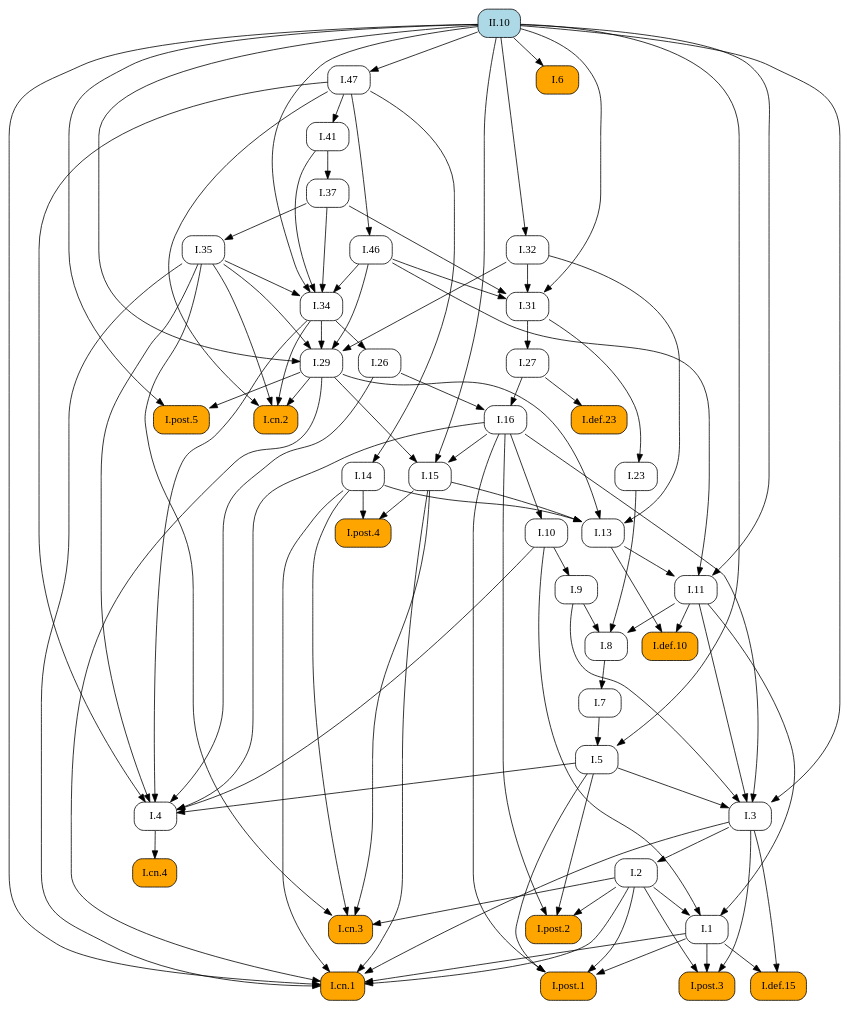
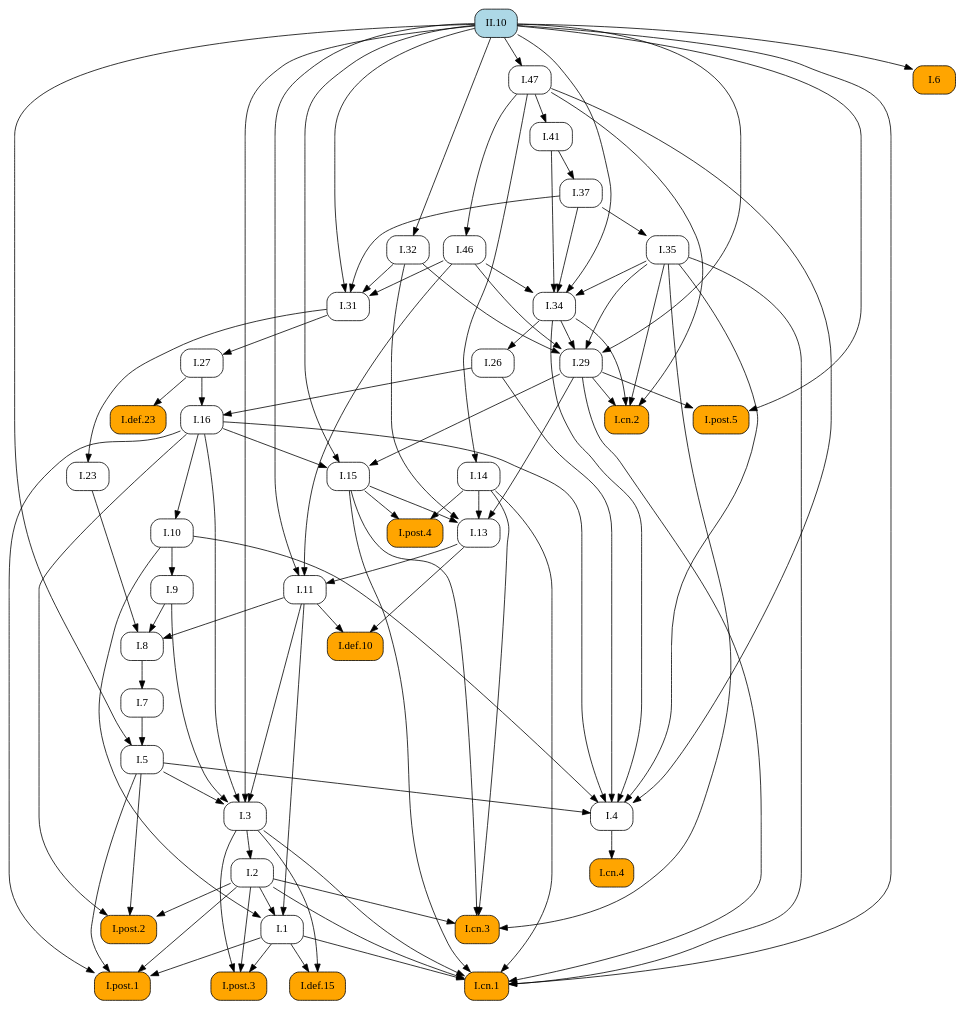
The diagram in docsrc/elements2/II/10/index.rst (geometor/elements), drawn with Graphviz before and after one commit. The commit also changed other lines of this file and 409 other files, not shown here.

First line of the commit message:
feat: Add image cropping and graphic extraction script

```diff
--- a/docsrc/elements2/II/10/index.rst
+++ b/docsrc/elements2/II/10/index.rst
@@ -123,97 +123,66 @@
    digraph {
      rankdir="TB";
      node [shape=box, style=rounded];
+     "I.37" [URL="/elements2/I/37/", target="_top"];
+     "I.31" [URL="/elements2/I/31/", target="_top"];
+     "I.cn.2" [style="rounded,filled", fillcolor=orange, URL="/elements2/I/cn.2/", target="_top"];
+     "I.41" [URL="/elements2/I/41/", target="_top"];
      "I.8" [URL="/elements2/I/8/", target="_top"];
+     "I.15" [URL="/elements2/I/15/", target="_top"];
+     "I.47" [URL="/elements2/I/47/", target="_top"];
+     "I.5" [URL="/elements2/I/5/", target="_top"];
+     "I.26" [URL="/elements2/I/26/", target="_top"];
+     "I.cn.1" [style="rounded,filled", fillcolor=orange, URL="/elements2/I/cn.1/", target="_top"];
      "I.32" [URL="/elements2/I/32/", target="_top"];
+     "I.7" [URL="/elements2/I/7/", target="_top"];
+     "I.23" [URL="/elements2/I/23/", target="_top"];
+     "I.16" [URL="/elements2/I/16/", target="_top"];
+     "I.35" [URL="/elements2/I/35/", target="_top"];
+     "I.34" [URL="/elements2/I/34/", target="_top"];
+     "II.10" [style="rounded,filled", fillcolor=lightblue, URL="/elements2/II/10/", target="_top"];
+     "I.6" [style="rounded,filled", fillcolor=orange, URL="/elements2/I/6/", target="_top"];
+     "I.def.15" [style="rounded,filled", fillcolor=orange, URL="/elements2/I/def.15/", target="_top"];
      "I.46" [URL="/elements2/I/46/", target="_top"];
-     "I.47" [URL="/elements2/I/47/", target="_top"];
+     "I.def.10" [style="rounded,filled", fillcolor=orange, URL="/elements2/I/def.10/", target="_top"];
+     "I.11" [URL="/elements2/I/11/", target="_top"];
+     "I.def.23" [style="rounded,filled", fillcolor=orange, URL="/elements2/I/def.23/", target="_top"];
+     "I.post.5" [style="rounded,filled", fillcolor=orange, URL="/elements2/I/post.5/", target="_top"];
+     "I.3" [URL="/elements2/I/3/", target="_top"];
      "I.14" [URL="/elements2/I/14/", target="_top"];
+     "I.10" [URL="/elements2/I/10/", target="_top"];
+     "I.cn.3" [style="rounded,filled", fillcolor=orange, URL="/elements2/I/cn.3/", target="_top"];
+     "I.13" [URL="/elements2/I/13/", target="_top"];
+     "I.post.3" [style="rounded,filled", fillcolor=orange, URL="/elements2/I/post.3/", target="_top"];
+     "I.4" [URL="/elements2/I/4/", target="_top"];
+     "I.9" [URL="/elements2/I/9/", target="_top"];
+     "I.29" [URL="/elements2/I/29/", target="_top"];
+     "I.2" [URL="/elements2/I/2/", target="_top"];
      "I.post.1" [style="rounded,filled", fillcolor=orange, URL="/elements2/I/post.1/", target="_top"];
-     "I.5" [URL="/elements2/I/5/", target="_top"];
-     "I.post.5" [style="rounded,filled", fillcolor=orange, URL="/elements2/I/post.5/", target="_top"];
-     "I.def.10" [style="rounded,filled", fillcolor=orange, URL="/elements2/I/def.10/", target="_top"];
-     "I.cn.2" [style="rounded,filled", fillcolor=orange, URL="/elements2/I/cn.2/", target="_top"];
-     "I.def.15" [style="rounded,filled", fillcolor=orange, URL="/elements2/I/def.15/", target="_top"];
-     "I.31" [URL="/elements2/I/31/", target="_top"];
-     "I.11" [URL="/elements2/I/11/", target="_top"];
-     "I.3" [URL="/elements2/I/3/", target="_top"];
+     "I.27" [URL="/elements2/I/27/", target="_top"];
+     "I.1" [URL="/elements2/I/1/", target="_top"];
+     "I.post.4" [style="rounded,filled", fillcolor=orange, URL="/elements2/I/post.4/", target="_top"];
+     "I.cn.4" [style="rounded,filled", fillcolor=orange, URL="/elements2/I/cn.4/", target="_top"];
      "I.post.2" [style="rounded,filled", fillcolor=orange, URL="/elements2/I/post.2/", target="_top"];
-     "I.def.23" [style="rounded,filled", fillcolor=orange, URL="/elements2/I/def.23/", target="_top"];
-     "I.6" [style="rounded,filled", fillcolor=orange, URL="/elements2/I/6/", target="_top"];
-     "I.26" [URL="/elements2/I/26/", target="_top"];
-     "I.1" [URL="/elements2/I/1/", target="_top"];
-     "I.cn.3" [style="rounded,filled", fillcolor=orange, URL="/elements2/I/cn.3/", target="_top"];
-     "I.cn.4" [style="rounded,filled", fillcolor=orange, URL="/elements2/I/cn.4/", target="_top"];
-     "I.7" [URL="/elements2/I/7/", target="_top"];
-     "I.9" [URL="/elements2/I/9/", target="_top"];
-     "I.cn.1" [style="rounded,filled", fillcolor=orange, URL="/elements2/I/cn.1/", target="_top"];
-     "I.29" [URL="/elements2/I/29/", target="_top"];
-     "I.post.4" [style="rounded,filled", fillcolor=orange, URL="/elements2/I/post.4/", target="_top"];
-     "I.16" [URL="/elements2/I/16/", target="_top"];
-     "I.13" [URL="/elements2/I/13/", target="_top"];
-     "II.10" [style="rounded,filled", fillcolor=lightblue, URL="/elements2/II/10/", target="_top"];
-     "I.41" [URL="/elements2/I/41/", target="_top"];
-     "I.35" [URL="/elements2/I/35/", target="_top"];
-     "I.2" [URL="/elements2/I/2/", target="_top"];
-     "I.27" [URL="/elements2/I/27/", target="_top"];
-     "I.37" [URL="/elements2/I/37/", target="_top"];
-     "I.4" [URL="/elements2/I/4/", target="_top"];
-     "I.10" [URL="/elements2/I/10/", target="_top"];
-     "I.15" [URL="/elements2/I/15/", target="_top"];
-     "I.34" [URL="/elements2/I/34/", target="_top"];
-     "I.23" [URL="/elements2/I/23/", target="_top"];
-     "I.post.3" [style="rounded,filled", fillcolor=orange, URL="/elements2/I/post.3/", target="_top"];
-     "I.9" -> "I.8";
-     "I.11" -> "I.8";
-     "I.23" -> "I.8";
-     "II.10" -> "I.32";
-     "I.47" -> "I.46";
-     "II.10" -> "I.47";
-     "I.47" -> "I.14";
-     "I.1" -> "I.post.1";
-     "I.2" -> "I.post.1";
-     "I.5" -> "I.post.1";
-     "I.16" -> "I.post.1";
-     "I.7" -> "I.5";
-     "II.10" -> "I.5";
-     "I.29" -> "I.post.5";
-     "II.10" -> "I.post.5";
-     "I.11" -> "I.def.10";
-     "I.13" -> "I.def.10";
+     "I.41" -> "I.37";
+     "I.32" -> "I.31";
+     "I.37" -> "I.31";
+     "I.46" -> "I.31";
+     "II.10" -> "I.31";
      "I.29" -> "I.cn.2";
      "I.34" -> "I.cn.2";
      "I.35" -> "I.cn.2";
      "I.47" -> "I.cn.2";
-     "I.1" -> "I.def.15";
-     "I.3" -> "I.def.15";
-     "I.32" -> "I.31";
-     "I.37" -> "I.31";
-     "I.46" -> "I.31";
-     "II.10" -> "I.31";
-     "I.13" -> "I.11";
-     "I.46" -> "I.11";
-     "II.10" -> "I.11";
-     "I.5" -> "I.3";
-     "I.9" -> "I.3";
-     "I.11" -> "I.3";
-     "I.16" -> "I.3";
-     "II.10" -> "I.3";
-     "I.2" -> "I.post.2";
-     "I.5" -> "I.post.2";
-     "I.16" -> "I.post.2";
-     "I.27" -> "I.def.23";
-     "II.10" -> "I.6";
+     "I.47" -> "I.41";
+     "I.9" -> "I.8";
+     "I.11" -> "I.8";
+     "I.23" -> "I.8";
+     "I.16" -> "I.15";
+     "I.29" -> "I.15";
+     "II.10" -> "I.15";
+     "II.10" -> "I.47";
+     "I.7" -> "I.5";
+     "II.10" -> "I.5";
      "I.34" -> "I.26";
-     "I.2" -> "I.1";
-     "I.10" -> "I.1";
-     "I.11" -> "I.1";
-     "I.2" -> "I.cn.3";
-     "I.14" -> "I.cn.3";
-     "I.15" -> "I.cn.3";
-     "I.35" -> "I.cn.3";
-     "I.4" -> "I.cn.4";
-     "I.8" -> "I.7";
-     "I.10" -> "I.9";
      "I.1" -> "I.cn.1";
      "I.2" -> "I.cn.1";
      "I.3" -> "I.cn.1";
@@ -222,24 +191,47 @@
      "I.29" -> "I.cn.1";
      "I.35" -> "I.cn.1";
      "II.10" -> "I.cn.1";
-     "I.32" -> "I.29";
-     "I.34" -> "I.29";
-     "I.35" -> "I.29";
-     "I.46" -> "I.29";
-     "II.10" -> "I.29";
-     "I.14" -> "I.post.4";
-     "I.15" -> "I.post.4";
+     "II.10" -> "I.32";
+     "I.8" -> "I.7";
+     "I.31" -> "I.23";
      "I.26" -> "I.16";
      "I.27" -> "I.16";
+     "I.37" -> "I.35";
+     "I.35" -> "I.34";
+     "I.37" -> "I.34";
+     "I.41" -> "I.34";
+     "I.46" -> "I.34";
+     "II.10" -> "I.34";
+     "II.10" -> "I.6";
+     "I.1" -> "I.def.15";
+     "I.3" -> "I.def.15";
+     "I.47" -> "I.46";
+     "I.11" -> "I.def.10";
+     "I.13" -> "I.def.10";
+     "I.13" -> "I.11";
+     "I.46" -> "I.11";
+     "II.10" -> "I.11";
+     "I.27" -> "I.def.23";
+     "I.29" -> "I.post.5";
+     "II.10" -> "I.post.5";
+     "I.5" -> "I.3";
+     "I.9" -> "I.3";
+     "I.11" -> "I.3";
+     "I.16" -> "I.3";
+     "II.10" -> "I.3";
+     "I.47" -> "I.14";
+     "I.16" -> "I.10";
+     "I.2" -> "I.cn.3";
+     "I.14" -> "I.cn.3";
+     "I.15" -> "I.cn.3";
+     "I.35" -> "I.cn.3";
      "I.14" -> "I.13";
      "I.15" -> "I.13";
      "I.29" -> "I.13";
      "I.32" -> "I.13";
-     "I.47" -> "I.41";
-     "I.37" -> "I.35";
-     "I.3" -> "I.2";
-     "I.31" -> "I.27";
-     "I.41" -> "I.37";
+     "I.1" -> "I.post.3";
+     "I.2" -> "I.post.3";
+     "I.3" -> "I.post.3";
      "I.5" -> "I.4";
      "I.10" -> "I.4";
      "I.16" -> "I.4";
@@ -247,17 +239,25 @@
      "I.34" -> "I.4";
      "I.35" -> "I.4";
      "I.47" -> "I.4";
-     "I.16" -> "I.10";
-     "I.16" -> "I.15";
-     "I.29" -> "I.15";
-     "II.10" -> "I.15";
-     "I.35" -> "I.34";
-     "I.37" -> "I.34";
-     "I.41" -> "I.34";
-     "I.46" -> "I.34";
-     "II.10" -> "I.34";
-     "I.31" -> "I.23";
-     "I.1" -> "I.post.3";
-     "I.2" -> "I.post.3";
-     "I.3" -> "I.post.3";
+     "I.10" -> "I.9";
+     "I.32" -> "I.29";
+     "I.34" -> "I.29";
+     "I.35" -> "I.29";
+     "I.46" -> "I.29";
+     "II.10" -> "I.29";
+     "I.3" -> "I.2";
+     "I.1" -> "I.post.1";
+     "I.2" -> "I.post.1";
+     "I.5" -> "I.post.1";
+     "I.16" -> "I.post.1";
+     "I.31" -> "I.27";
+     "I.2" -> "I.1";
+     "I.10" -> "I.1";
+     "I.11" -> "I.1";
+     "I.14" -> "I.post.4";
+     "I.15" -> "I.post.4";
+     "I.4" -> "I.cn.4";
+     "I.2" -> "I.post.2";
+     "I.5" -> "I.post.2";
+     "I.16" -> "I.post.2";
    }
```
